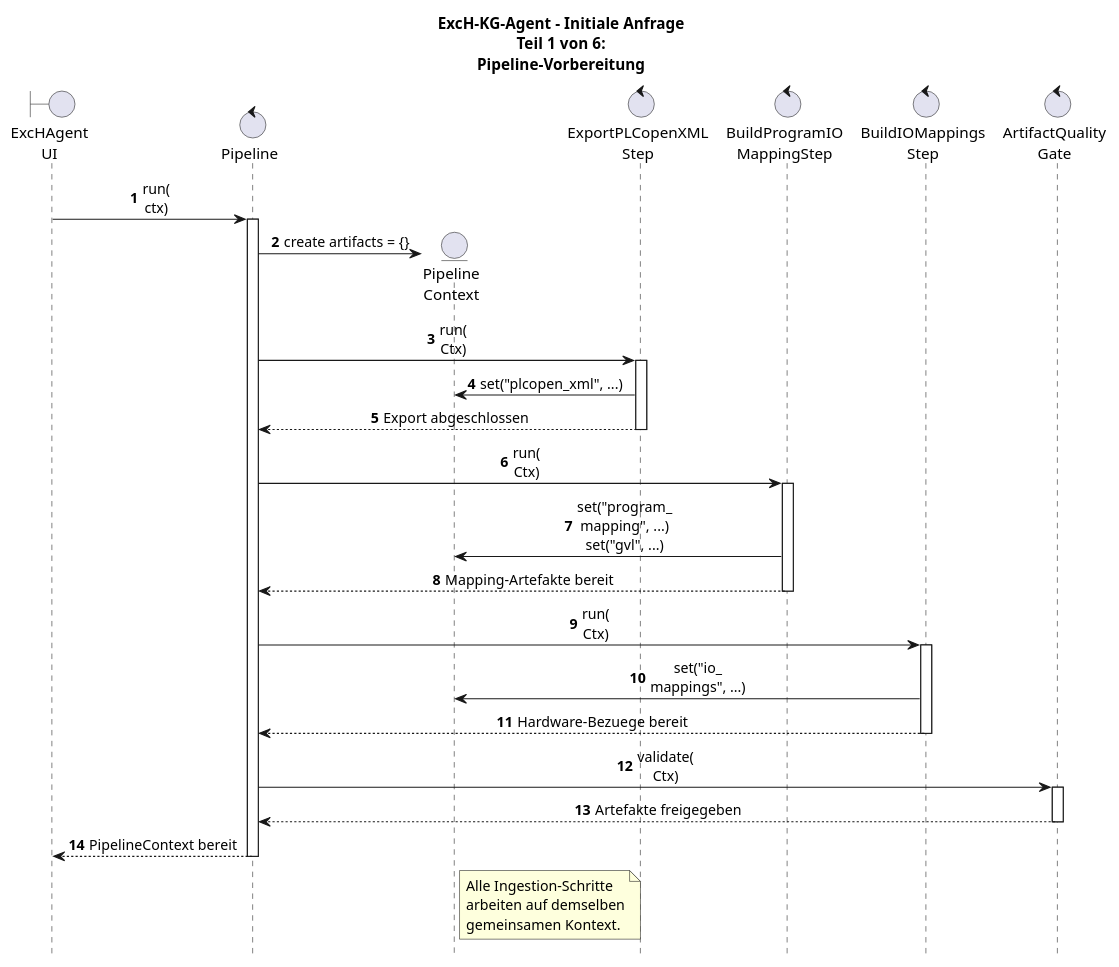
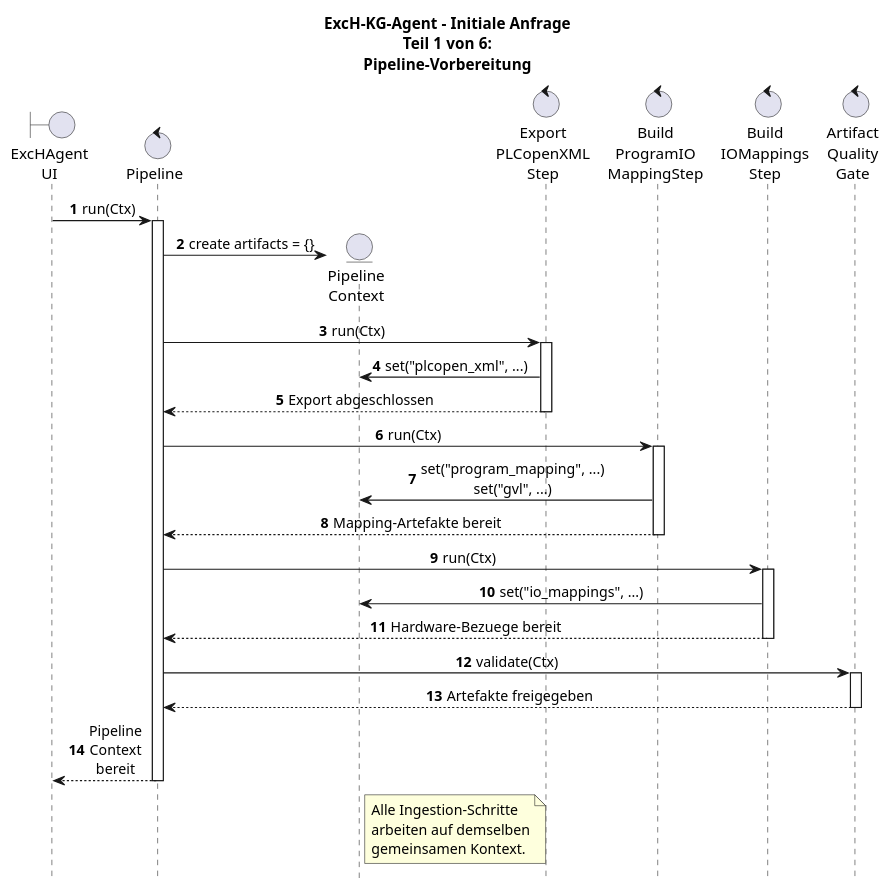
The diagram in UML-Diagrams/ExcH-KG-Agent/Komponenten_ExcH-KG-Agent/06a_seq_pipeline.plantuml (verkal1999/Agent_Test), drawn with PlantUML before and after one commit. The commit also changed 62 other files, not shown here.

```diff
--- a/UML-Diagrams/ExcH-KG-Agent/Komponenten_ExcH-KG-Agent/06a_seq_pipeline.plantuml
+++ b/UML-Diagrams/ExcH-KG-Agent/Komponenten_ExcH-KG-Agent/06a_seq_pipeline.plantuml
@@ -1,55 +1,55 @@
 @startuml
 
 skinparam shadowing false
 skinparam responseMessageBelowArrow true
 skinparam sequenceMessageAlign center
 hide footbox
 autonumber
 
 title ExcH-KG-Agent - Initiale Anfrage\nTeil 1 von 6:\nPipeline-Vorbereitung
 
 boundary "ExcHAgent\nUI" as UI
 control "Pipeline" as Pipeline
 entity "Pipeline\nContext" as Ctx
-control "ExportPLCopenXML\nStep" as ExportStep
-control "BuildProgramIO\nMappingStep" as ProgStep
-control "BuildIOMappings\nStep" as IoStep
-control "ArtifactQuality\nGate" as Gate
+control "Export\nPLCopenXML\nStep" as ExportStep
+control "Build\nProgramIO\nMappingStep" as ProgStep
+control "Build\nIOMappings\nStep" as IoStep
+control "Artifact\nQuality\nGate" as Gate
 
-UI -> Pipeline : run(\nctx)
+UI -> Pipeline : run(Ctx)
 activate Pipeline
 create Ctx
 Pipeline -> Ctx : create artifacts = {}
 
-Pipeline -> ExportStep : run(\nCtx)
+Pipeline -> ExportStep : run(Ctx)
 activate ExportStep
 ExportStep -> Ctx : set("plcopen_xml", ...)
 ExportStep --> Pipeline : Export abgeschlossen
 deactivate ExportStep
 
-Pipeline -> ProgStep : run(\nCtx)
+Pipeline -> ProgStep : run(Ctx)
 activate ProgStep
-ProgStep -> Ctx : set("program_\nmapping", ...)\nset("gvl", ...)
+ProgStep -> Ctx : set("program_mapping", ...)\nset("gvl", ...)
 ProgStep --> Pipeline : Mapping-Artefakte bereit
 deactivate ProgStep
 
-Pipeline -> IoStep : run(\nCtx)
+Pipeline -> IoStep : run(Ctx)
 activate IoStep
-IoStep -> Ctx : set("io_\nmappings", ...)
+IoStep -> Ctx : set("io_mappings", ...)
 IoStep --> Pipeline : Hardware-Bezuege bereit
 deactivate IoStep
 
-Pipeline -> Gate : validate(\nCtx)
+Pipeline -> Gate : validate(Ctx)
 activate Gate
 Gate --> Pipeline : Artefakte freigegeben
 deactivate Gate
-Pipeline --> UI : PipelineContext bereit
+Pipeline --> UI : Pipeline\nContext\nbereit
 deactivate Pipeline
 
 note right of Ctx
 Alle Ingestion-Schritte
 arbeiten auf demselben
 gemeinsamen Kontext.
 end note
 
 @enduml
```
